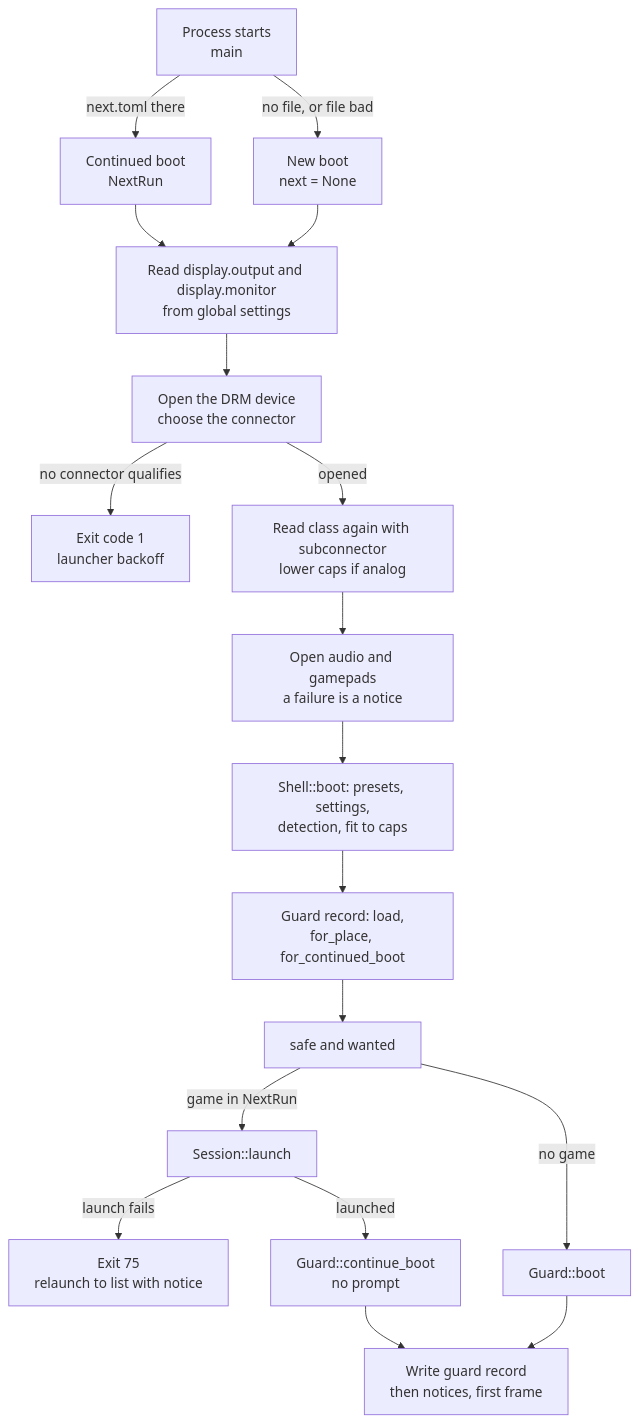
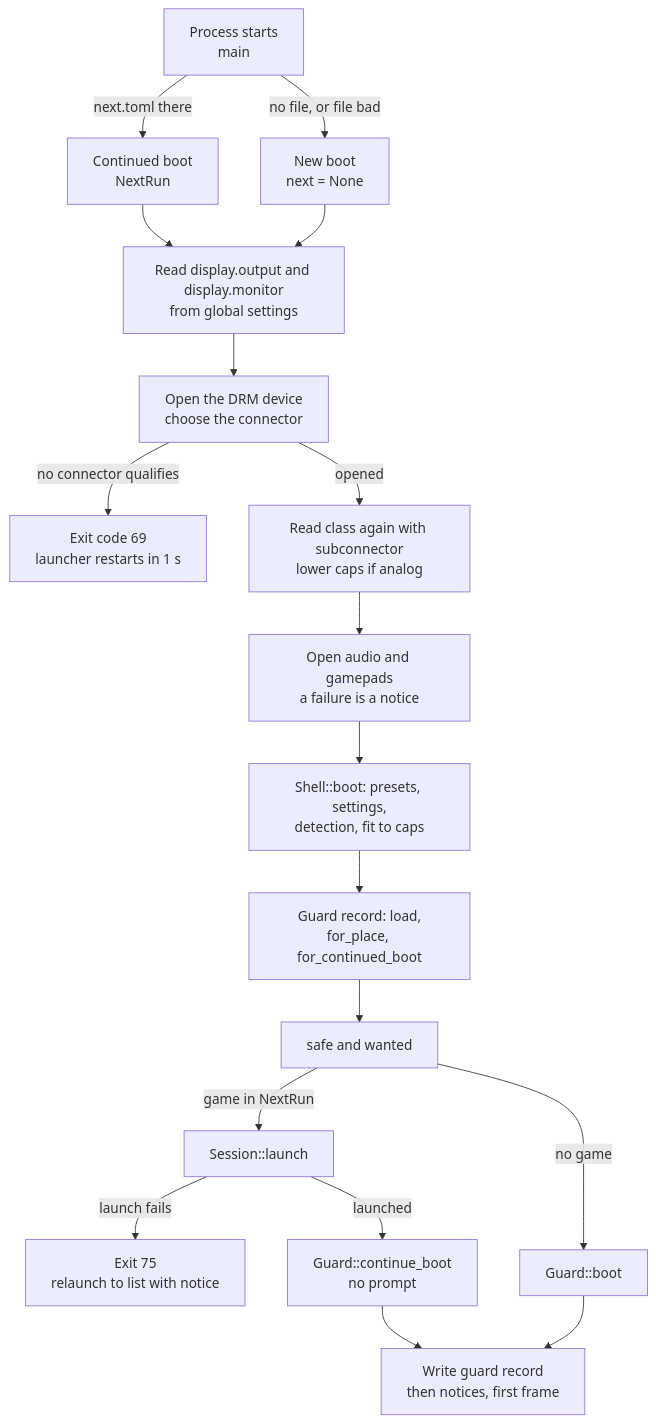
The first of 5 diagrams in docs/flows/02-frontend-boot.md (paologaleotti/neptron), drawn with Mermaid before and after one commit. The commit also changed other lines of this file and 10 other files, not shown here.

First line of the commit message:
docs(flows): trace the flows again against the code after C11 to P11

````diff
--- a/docs/flows/02-frontend-boot.md
+++ b/docs/flows/02-frontend-boot.md
@@ -11,20 +11,20 @@
 ```mermaid
 flowchart TD
     A["Process starts<br/>main"] -->|"next.toml there"| B["Continued boot<br/>NextRun"]
     A -->|"no file, or file bad"| C["New boot<br/>next = None"]
     B --> D["Read display.output and display.monitor<br/>from global settings"]
     C --> D
     D --> E["Open the DRM device<br/>choose the connector"]
-    E -->|"no connector qualifies"| X["Exit code 1<br/>launcher backoff"]
+    E -->|"no connector qualifies"| X["Exit code 69<br/>launcher restarts in 1 s"]
     E -->|"opened"| F["Read class again with subconnector<br/>lower caps if analog"]
     F --> G["Open audio and gamepads<br/>a failure is a notice"]
     G --> H["Shell::boot: presets, settings,<br/>detection, fit to caps"]
     H --> I["Guard record: load,<br/>for_place, for_continued_boot"]
     I --> J["safe and wanted"]
     J -->|"game in NextRun"| K["Session::launch"]
     K -->|"launch fails"| R["Exit 75<br/>relaunch to list with notice"]
     K -->|"launched"| L2["Guard::continue_boot<br/>no prompt"]
     J -->|"no game"| L["Guard::boot"]
     L2 --> M
     L --> M["Write guard record<br/>then notices, first frame"]
 ```
````
